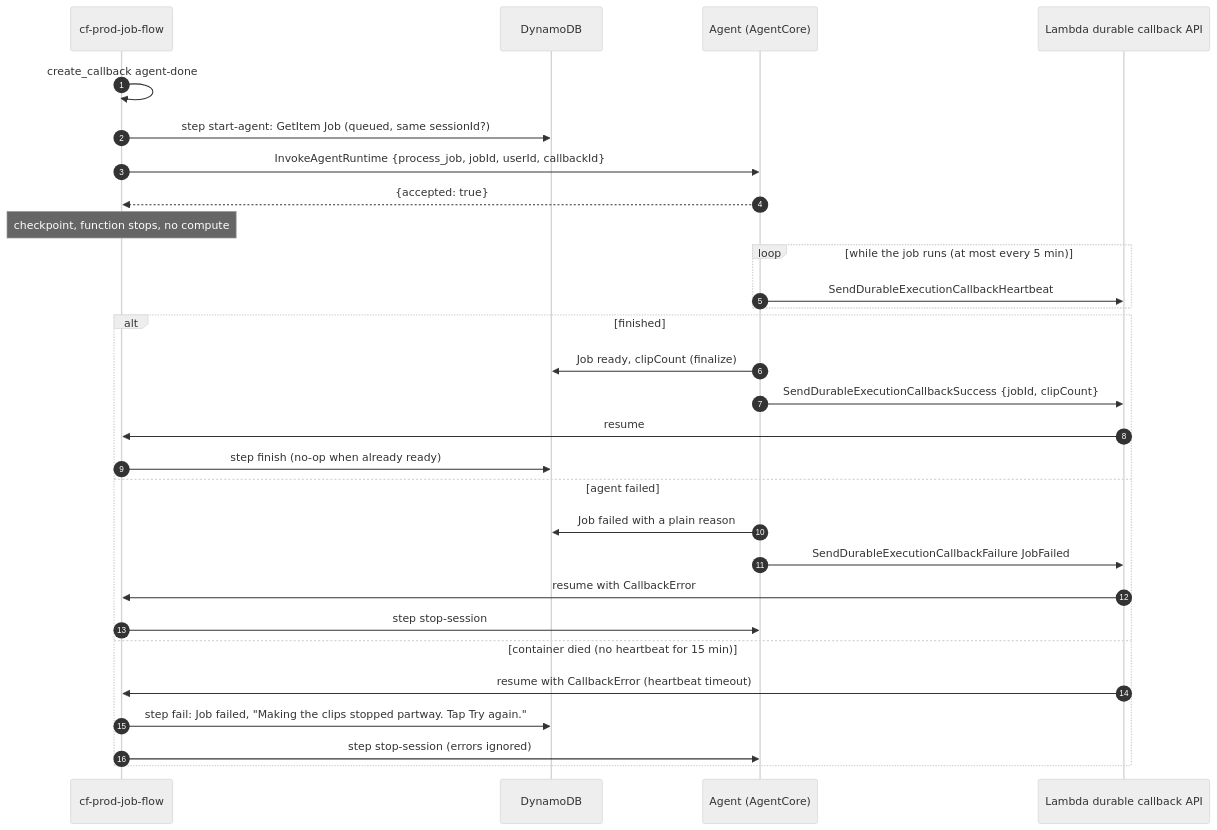
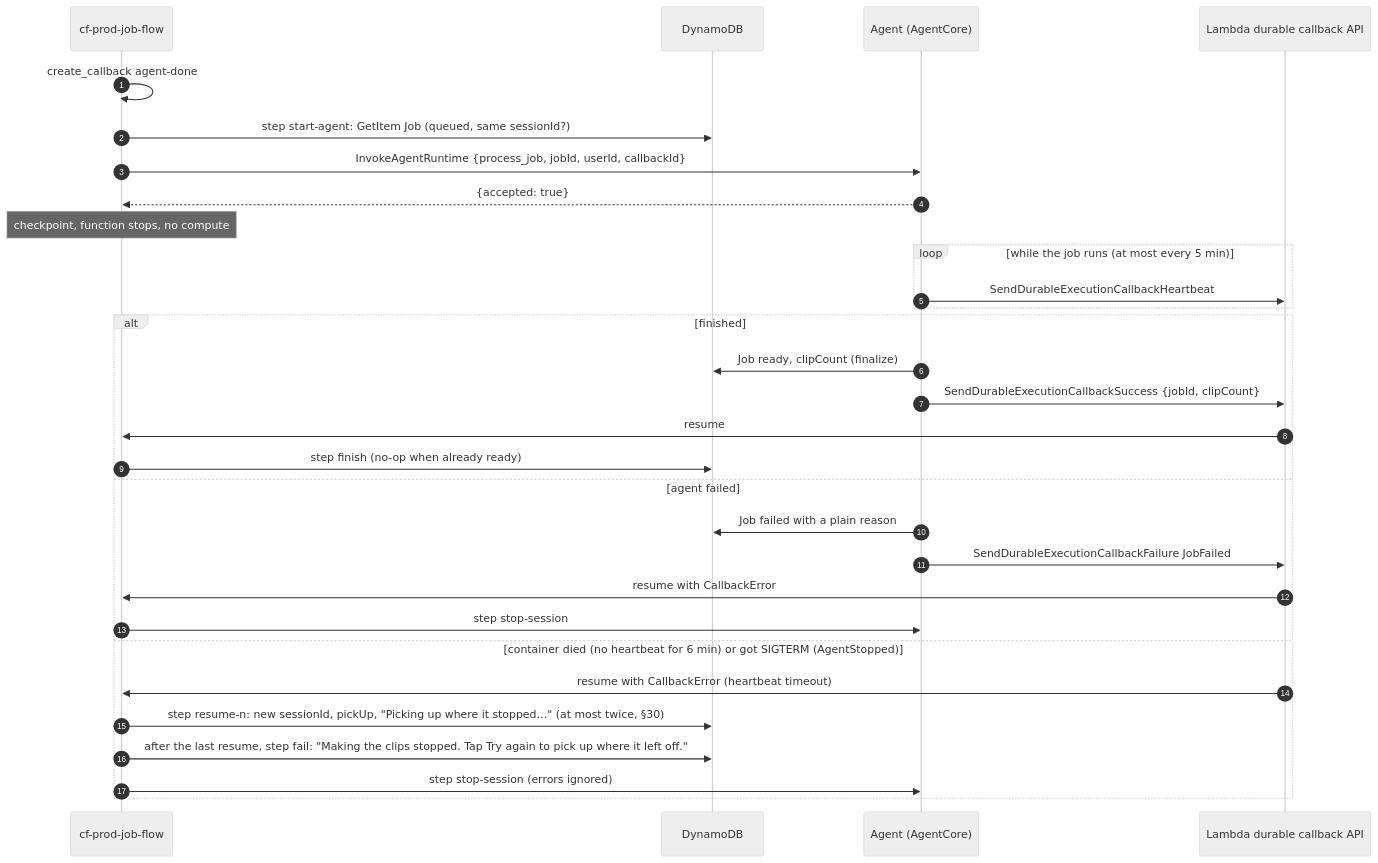
One commit to Lamo2real/clip-factory changed the fourth of 19 diagrams in api/src/clipfactory_api/ask/library/architecture-data-flows.md. Above: the diagram before and after it, drawn with Mermaid (neutral theme). The commit also changed other lines of this file and 49 other files, not shown here.

````diff
--- a/api/src/clipfactory_api/ask/library/architecture-data-flows.md
+++ b/api/src/clipfactory_api/ask/library/architecture-data-flows.md
@@ -73,31 +75,32 @@
 ```mermaid
 sequenceDiagram
   autonumber
   participant F as cf-prod-job-flow
   participant D as DynamoDB
   participant R as Agent (AgentCore)
   participant L as Lambda durable callback API
   F->>F: create_callback agent-done
   F->>D: step start-agent: GetItem Job (queued, same sessionId?)
   F->>R: InvokeAgentRuntime {process_job, jobId, userId, callbackId}
   R-->>F: {accepted: true}
   Note over F: checkpoint, function stops, no compute
   loop while the job runs (at most every 5 min)
     R->>L: SendDurableExecutionCallbackHeartbeat
   end
   alt finished
     R->>D: Job ready, clipCount (finalize)
     R->>L: SendDurableExecutionCallbackSuccess {jobId, clipCount}
     L->>F: resume
     F->>D: step finish (no-op when already ready)
   else agent failed
     R->>D: Job failed with a plain reason
     R->>L: SendDurableExecutionCallbackFailure JobFailed
     L->>F: resume with CallbackError
     F->>R: step stop-session
-  else container died (no heartbeat for 15 min)
+  else container died (no heartbeat for 6 min) or got SIGTERM (AgentStopped)
     L->>F: resume with CallbackError (heartbeat timeout)
-    F->>D: step fail: Job failed, "Making the clips stopped partway. Tap Try again."
+    F->>D: step resume-n: new sessionId, pickUp, "Picking up where it stopped…" (at most twice, §30)
+    F->>D: after the last resume, step fail: "Making the clips stopped. Tap Try again to pick up where it left off."
     F->>R: step stop-session (errors ignored)
   end
 ```
````
